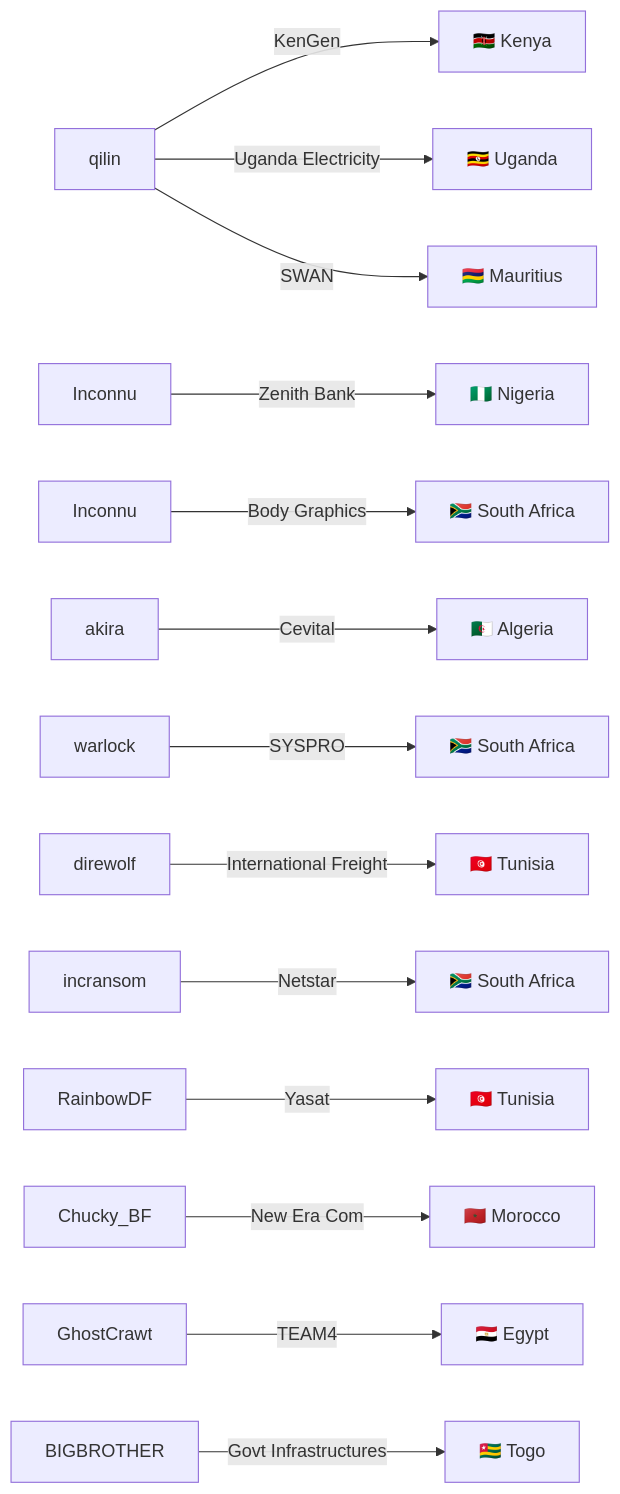
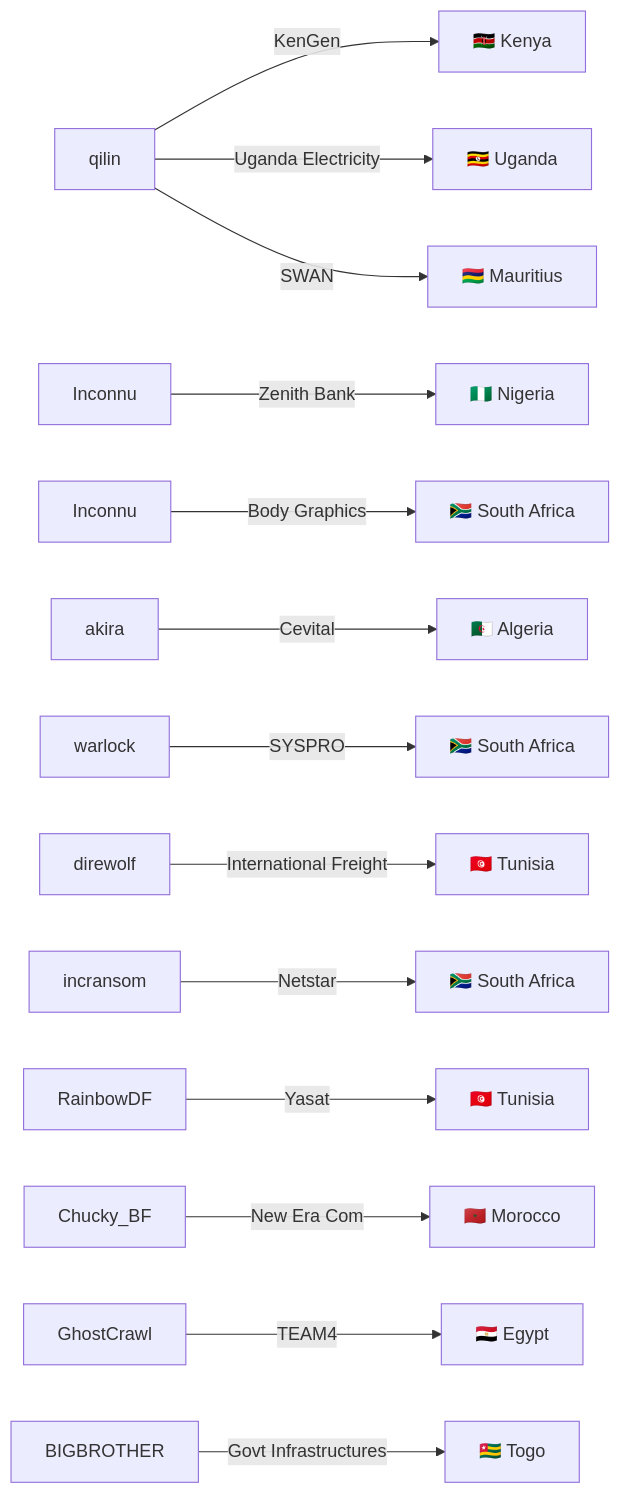
Before and after one commit to Hatchepsoute/AFRINTEL: the fourth of 5 diagrams in CyberAttackAfrica/2025/08-august/README.md, drawn with Mermaid. The commit also changed other lines of this file and 255 other files, not shown here.

````diff
--- a/CyberAttackAfrica/2025/08-august/README.md
+++ b/CyberAttackAfrica/2025/08-august/README.md
@@ -130,16 +130,16 @@
 ```mermaid
 graph LR
     qilin -->|KenGen| Kenya["🇰🇪 Kenya"]
     qilin -->|Uganda Electricity| Uganda["🇺🇬 Uganda"]
     qilin -->|SWAN| Mauritius["🇲🇺 Mauritius"]
     inconnu1["Inconnu"] -->|Zenith Bank| Nigeria["🇳🇬 Nigeria"]
     inconnu2["Inconnu"] -->|Body Graphics| SouthAfrica["🇿🇦 South Africa"]
     akira -->|Cevital| Algeria["🇩🇿 Algeria"]
     warlock -->|SYSPRO| SouthAfrica2["🇿🇦 South Africa"]
     direwolf -->|International Freight| Tunisia["🇹🇳 Tunisia"]
     incransom -->|Netstar| SouthAfrica3["🇿🇦 South Africa"]
     RainbowDF -->|Yasat| Tunisia2["🇹🇳 Tunisia"]
     Chucky_BF -->|New Era Com| Morocco["🇲🇦 Morocco"]
-    GhostCrawt -->|TEAM4| Egypt["🇪🇬 Egypt"]
+    GhostCrawl -->|TEAM4| Egypt["🇪🇬 Egypt"]
     BIGBROTHER -->|Govt Infrastructures| Togo["🇹🇬 Togo"]
 ```
````
